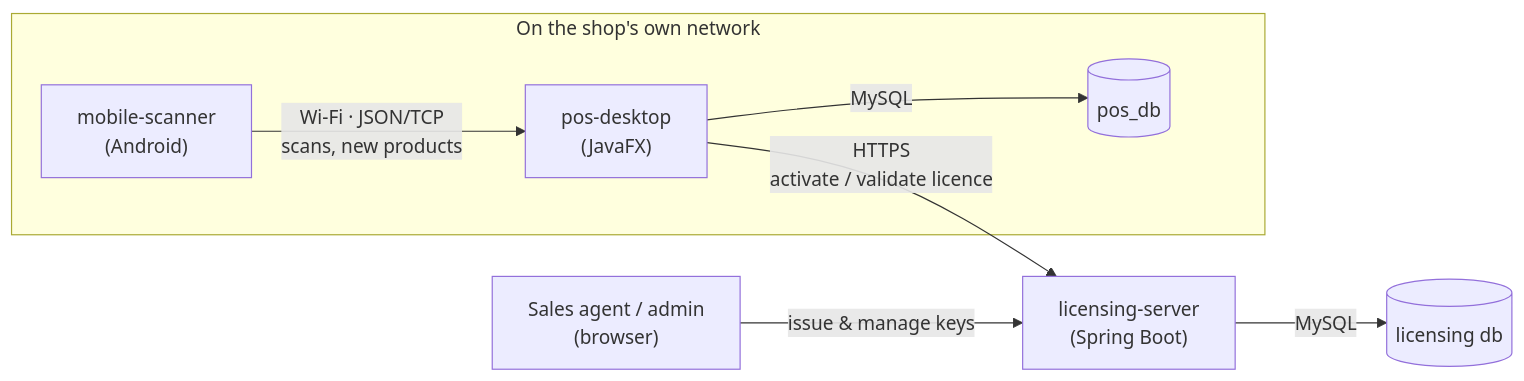
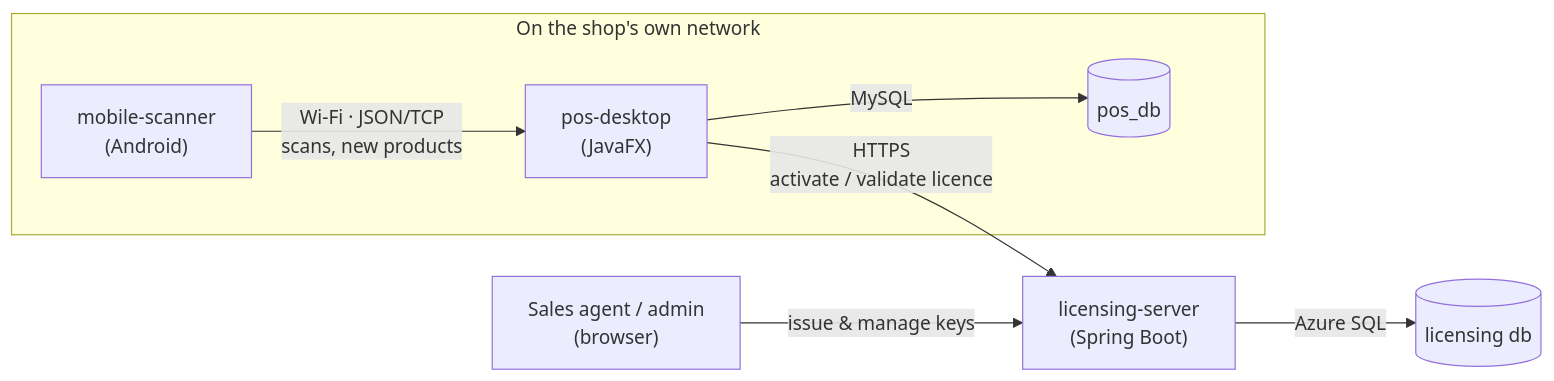
Before and after one commit to Ramudzuli1702/Mbuyedzedzo-POS-System: the diagram in README.md, drawn with Mermaid. The commit also changed other lines of this file and 2 other files, not shown here.

First line of the commit message:
Update docs for the Azure SQL port and the live deployment

````diff
--- a/README.md
+++ b/README.md
@@ -10,10 +10,10 @@
 ```mermaid
 flowchart LR
     subgraph Shop["On the shop's own network"]
         Scanner["mobile-scanner<br/>(Android)"] -- "Wi-Fi · JSON/TCP<br/>scans, new products" --> Desktop["pos-desktop<br/>(JavaFX)"]
         Desktop -- MySQL --> DB[(pos_db)]
     end
     Desktop -- "HTTPS<br/>activate / validate licence" --> License["licensing-server<br/>(Spring Boot)"]
-    License -- MySQL --> LDB[(licensing db)]
+    License -- "Azure SQL" --> LDB[(licensing db)]
     Agent["Sales agent / admin<br/>(browser)"] -- "issue & manage keys" --> License
 ```
````
